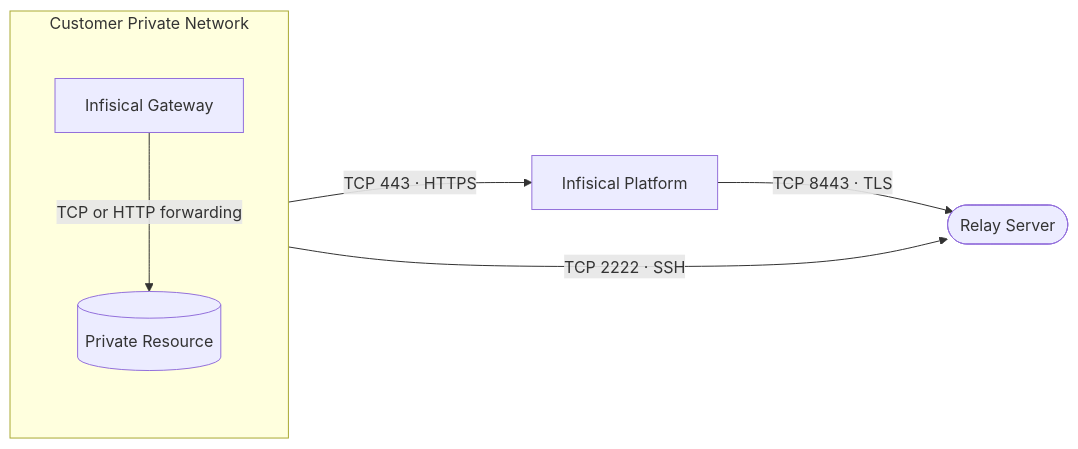
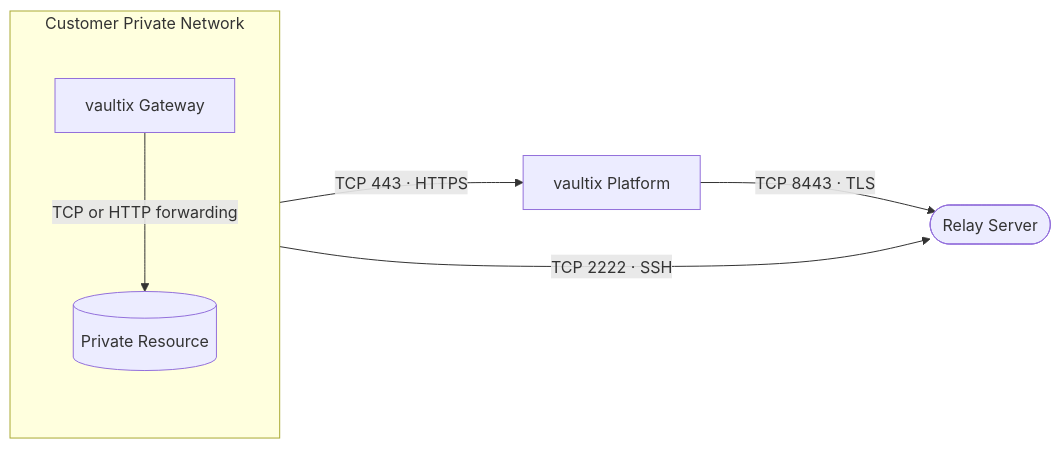
Before and after one commit to shippinAI/vaultix: the diagram in core/docs/documentation/platform/gateways/network-architecture.mdx, drawn with Mermaid. The commit also changed other lines of this file and 1202 other files, not shown here.

````diff
--- a/core/docs/documentation/platform/gateways/network-architecture.mdx
+++ b/core/docs/documentation/platform/gateways/network-architecture.mdx
@@ -11,15 +11,15 @@
 ```mermaid
 %%{init: {'flowchart': {'nodeSpacing': 70, 'rankSpacing': 110, 'curve': 'basis'}}}%%
 flowchart LR
   subgraph customer["Customer Private Network"]
     direction TB
-    GW["Infisical Gateway"]
+    GW["vaultix Gateway"]
     RES[("Private Resource")]
     GW -->|"TCP or HTTP forwarding"| RES
   end
-  PLAT["Infisical Platform"]
+  PLAT["vaultix Platform"]
   RELAY(["Relay Server"])
   GW -->|"TCP 443 · HTTPS"| PLAT
   GW -->|"TCP 2222 · SSH"| RELAY
   PLAT -->|"TCP 8443 · TLS"| RELAY
 ```
````
